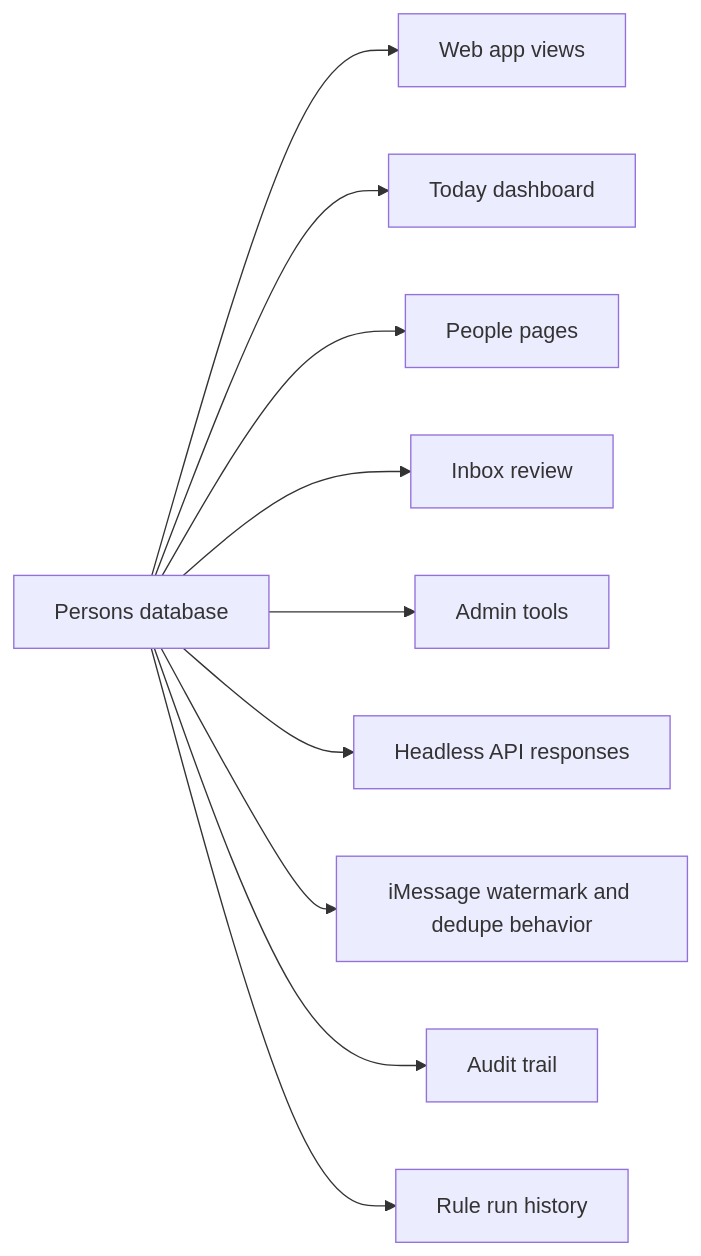
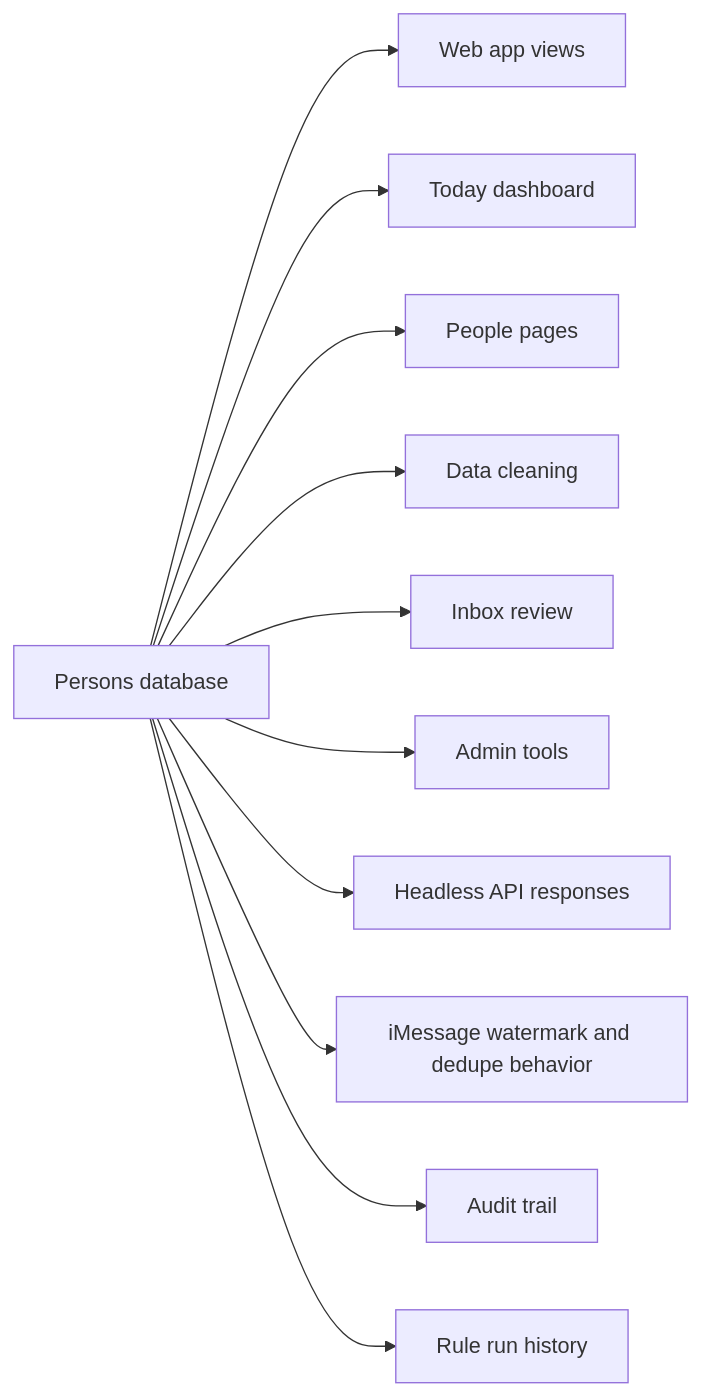
Diagram 13 of 15 in docs/PERSONS_ARCHITECTURE.md (josephdfryer/life-os), drawn with Mermaid before and after one commit. The commit also changed other lines of this file and 39 other files, not shown here.

Commit message:
feat: add people data cleaning workflow

````diff
--- a/docs/PERSONS_ARCHITECTURE.md
+++ b/docs/PERSONS_ARCHITECTURE.md
@@ -336,12 +360,13 @@
 ```mermaid
 flowchart LR
   DB["Persons database"] --> UI["Web app views"]
   DB --> Today["Today dashboard"]
   DB --> People["People pages"]
+  DB --> Cleanup["Data cleaning"]
   DB --> Inbox["Inbox review"]
   DB --> Admin["Admin tools"]
   DB --> API["Headless API responses"]
   DB --> WatcherState["iMessage watermark and dedupe behavior"]
   DB --> Audit["Audit trail"]
   DB --> RuleHistory["Rule run history"]
 ```
````
